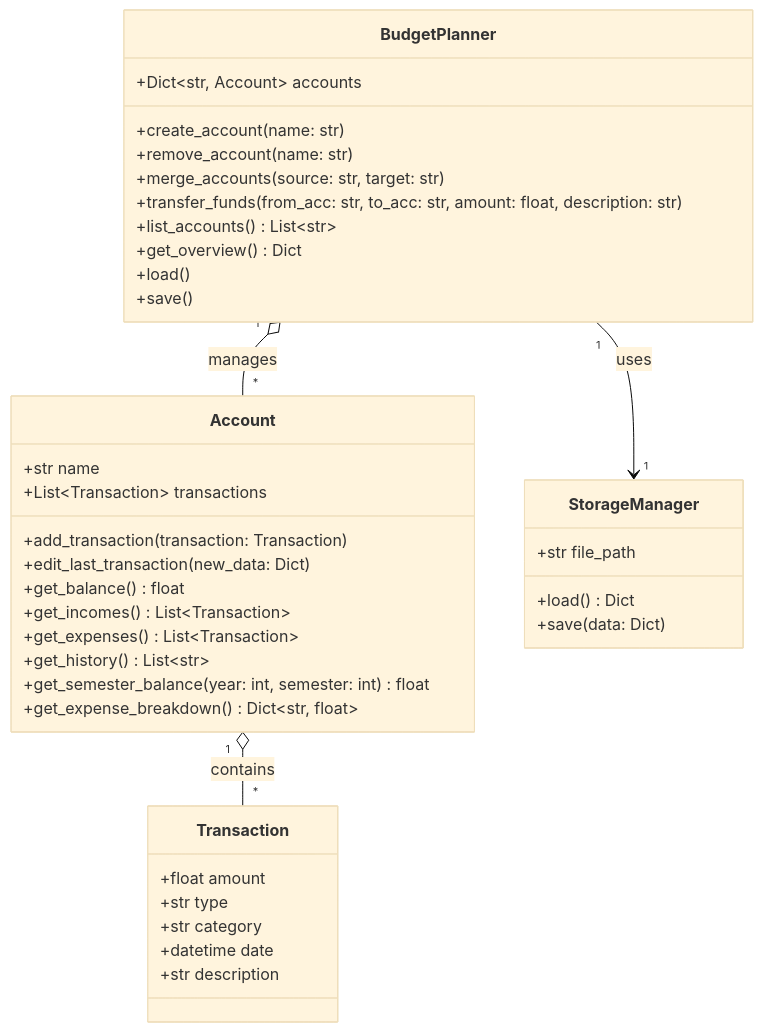
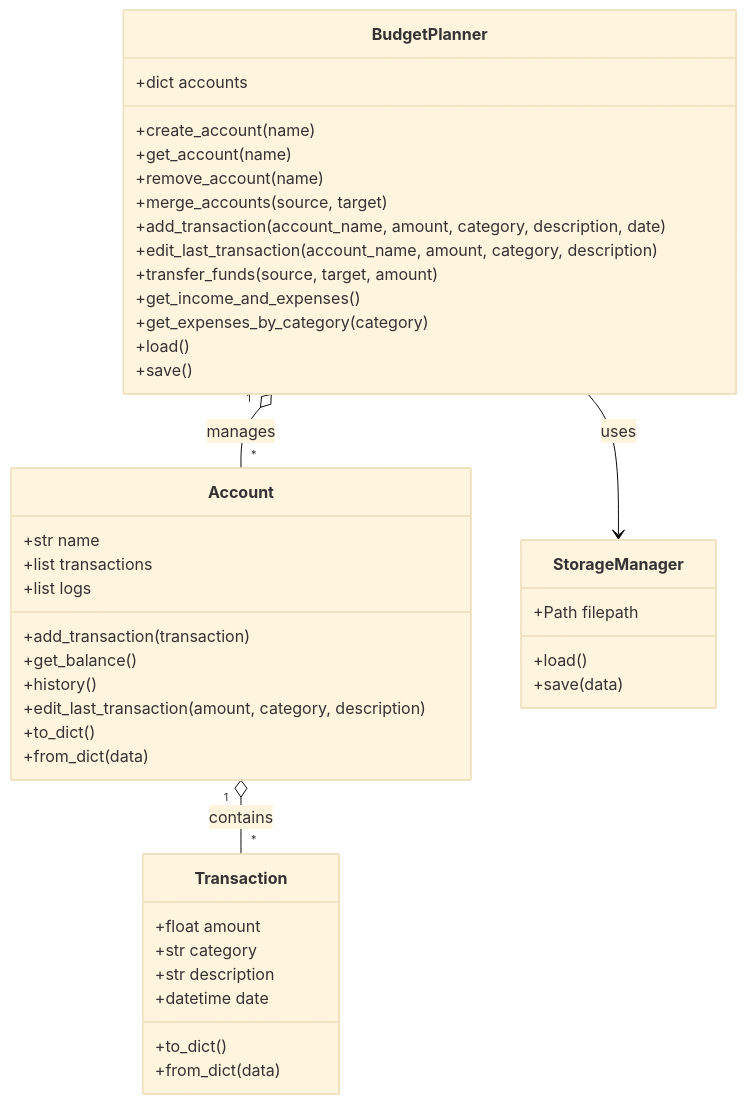
Before and after one commit to CLMartello/budget_planner: the diagram in README.md, drawn with Mermaid (base theme). The commit also changed other lines of this file, not shown here.

````diff
--- a/README.md
+++ b/README.md
@@ -18,47 +30,48 @@
 ```mermaid
 classDiagram
-    direction TB
-
     class BudgetPlanner {
-        +Dict~str, Account~ accounts
-        +create_account(name: str)
-        +remove_account(name: str)
-        +merge_accounts(source: str, target: str)
-        +transfer_funds(from_acc: str, to_acc: str, amount: float, description: str)
-        +list_accounts() List~str~
-        +get_overview() Dict
+        +dict accounts
+        +create_account(name)
+        +get_account(name)
+        +remove_account(name)
+        +merge_accounts(source, target)
+        +add_transaction(account_name, amount, category, description, date)
+        +edit_last_transaction(account_name, amount, category, description)
+        +transfer_funds(source, target, amount)
+        +get_income_and_expenses()
+        +get_expenses_by_category(category)
         +load()
         +save()
     }
 
     class Account {
         +str name
-        +List~Transaction~ transactions
-        +add_transaction(transaction: Transaction)
-        +edit_last_transaction(new_data: Dict)
-        +get_balance() float
-        +get_incomes() List~Transaction~
-        +get_expenses() List~Transaction~
-        +get_history() List~str~
-        +get_semester_balance(year: int, semester: int) float
-        +get_expense_breakdown() Dict~str, float~
+        +list transactions
+        +list logs
+        +add_transaction(transaction)
+        +get_balance()
+        +history()
+        +edit_last_transaction(amount, category, description)
+        +to_dict()
+        +from_dict(data)
     }
 
     class Transaction {
         +float amount
-        +str type
         +str category
+        +str description
         +datetime date
-        +str description
+        +to_dict()
+        +from_dict(data)
     }
 
     class StorageManager {
-        +str file_path
-        +load() Dict
-        +save(data: Dict)
+        +Path filepath
+        +load()
+        +save(data)
     }
 
     BudgetPlanner "1" o-- "*" Account : manages
     Account "1" o-- "*" Transaction : contains
-    BudgetPlanner "1" --> "1" StorageManager : uses
+    BudgetPlanner --> StorageManager : uses
 ```
````
